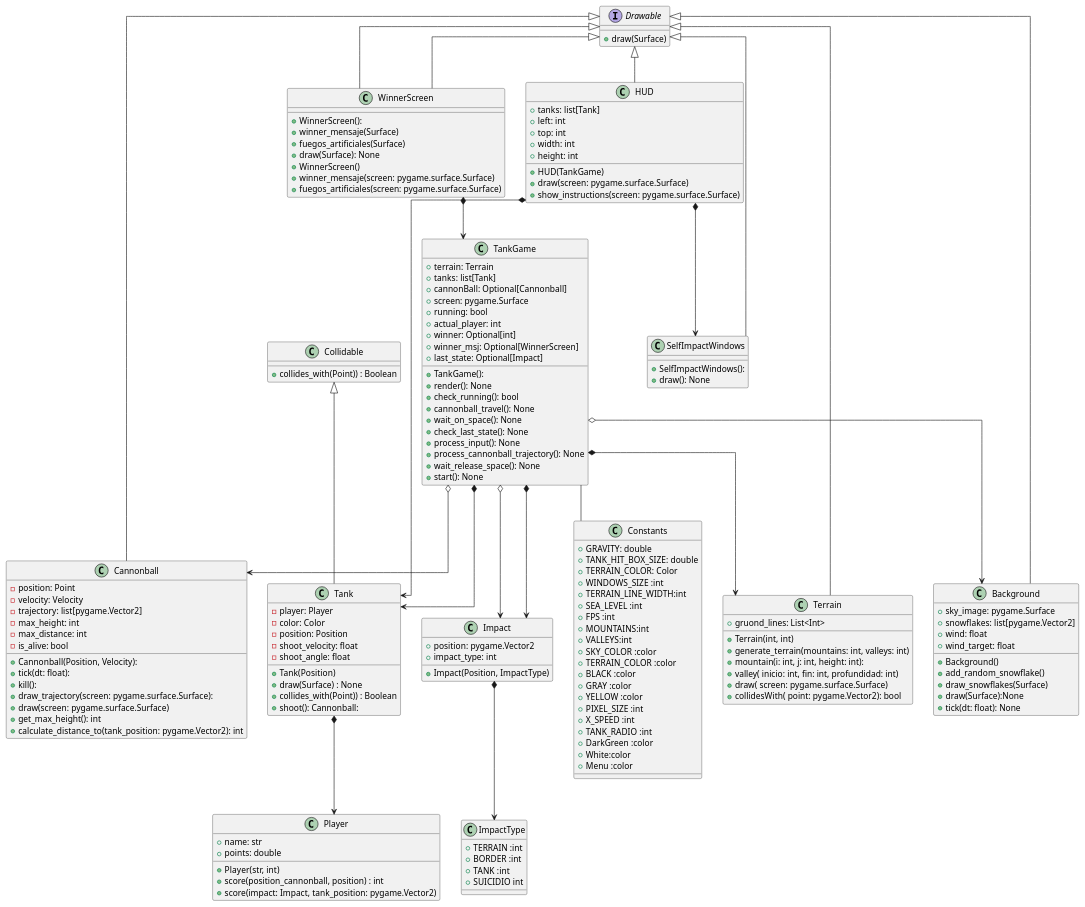
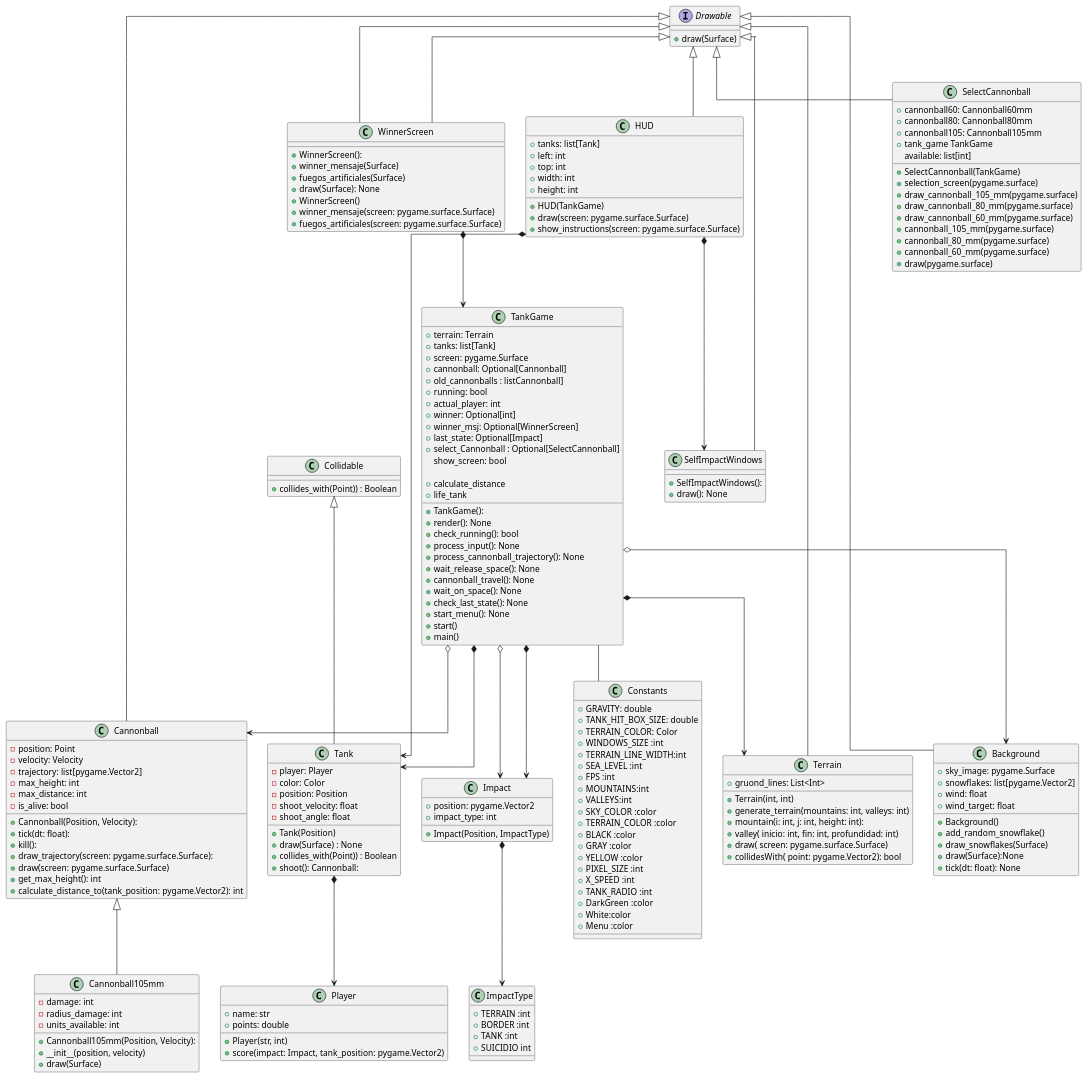
Before and after one commit to fraco-oxza/tankGame: the diagram in uml/entire.plantuml, drawn with PlantUML.

Commit message:
cambios en el UML

```diff
--- a/uml/entire.plantuml
+++ b/uml/entire.plantuml
@@ -6,24 +6,31 @@
 class TankGame {
     + terrain: Terrain
     + tanks: list[Tank]
-    + cannonBall: Optional[Cannonball]
     + screen: pygame.Surface
+    + cannonball: Optional[Cannonball]
+    +old_cannonballs : listCannonball]
     + running: bool
     + actual_player: int
     + winner: Optional[int]
     +winner_msj: Optional[WinnerScreen]
     +last_state: Optional[Impact]
+    +select_Cannonball : Optional[SelectCannonball]
+    show_screen: bool
 
     + TankGame():
     + render(): None
     + check_running(): bool
+    + process_input(): None
+    + process_cannonball_trajectory(): None
+    +calculate_distance
+    + wait_release_space(): None
     + cannonball_travel(): None
+    +life_tank
     + wait_on_space(): None
     + check_last_state(): None
-    + process_input(): None
-    + process_cannonball_trajectory(): None
-    + wait_release_space(): None
-    + start(): None
+    + start_menu(): None
+    +start()
+    +main()
 
 }
 
@@ -42,11 +49,16 @@
     +draw(screen: pygame.surface.Surface)
     +get_max_height(): int
     +calculate_distance_to(tank_position: pygame.Vector2): int
-
-
+}
+class Cannonball105mm extends Cannonball{
+    +Cannonball105mm(Position, Velocity):
+    -damage: int
+    - radius_damage: int
+    - units_available: int
+    +__init__(position, velocity)
+    +draw(Surface)
 
 }
-
 interface Drawable {
     + draw(Surface)
 }
@@ -113,7 +125,6 @@
     +name: str
     + points: double
     +Player(str, int)
-    +score(position_cannonball, position) : int
     +score(impact: Impact, tank_position: pygame.Vector2)
 
 
@@ -164,6 +175,23 @@
     + SelfImpactWindows():
     + draw(): None
 }
+class SelectCannonball extends Drawable {
+    +cannonball60: Cannonball60mm
+    +cannonball80: Cannonball80mm
+    +cannonball105: Cannonball105mm
+    +tank_game TankGame
+    available: list[int]
+
+    + SelectCannonball(TankGame)
+    + selection_screen(pygame.surface)
+    +draw_cannonball_105_mm(pygame.surface)
+    +draw_cannonball_80_mm(pygame.surface)
+    +draw_cannonball_60_mm(pygame.surface)
+    +cannonball_105_mm(pygame.surface)
+    +cannonball_80_mm(pygame.surface)
+    +cannonball_60_mm(pygame.surface)
+    +draw(pygame.surface)
+}
 
 TankGame -- Constants
 
```
